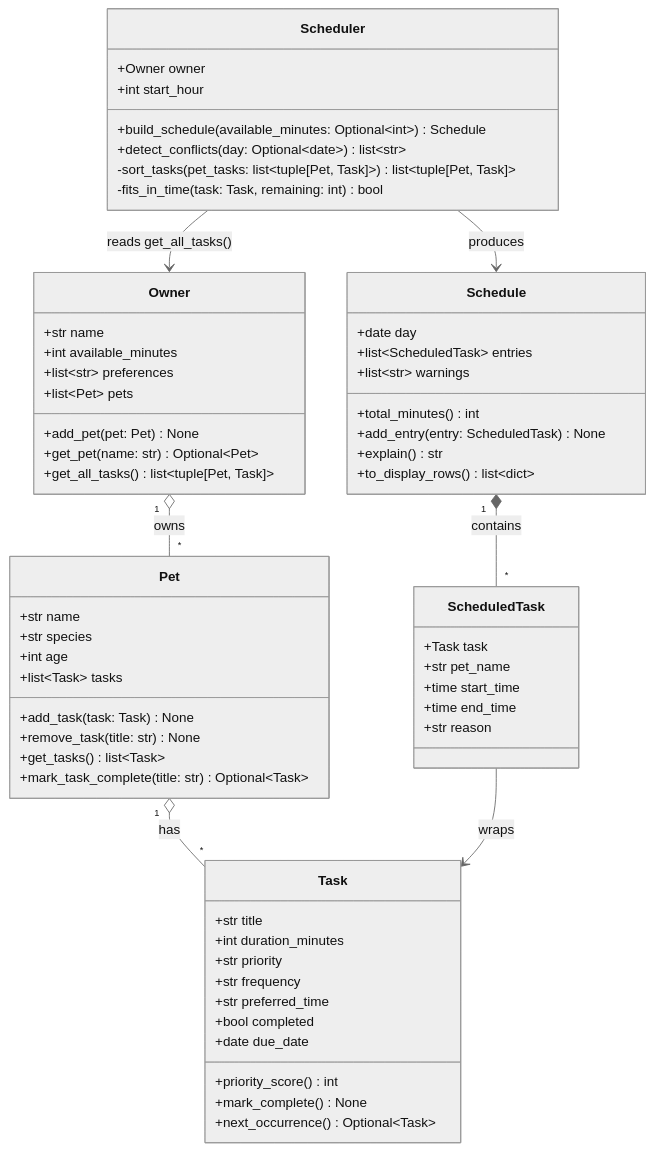
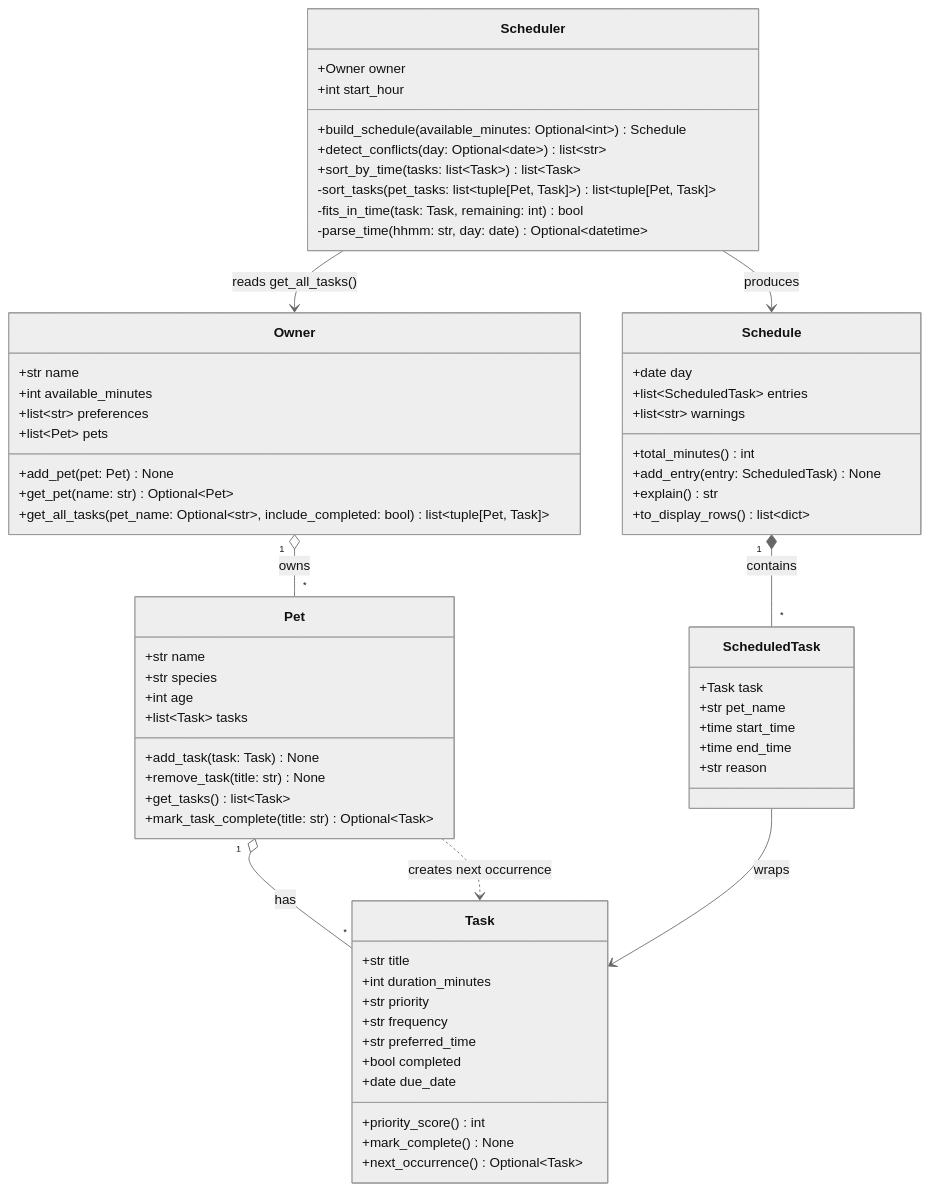
One commit to judejoyson/ai110-module2show-pawpal-starter changed the diagram in diagrams/uml.mmd. Above: the diagram before and after it, drawn with Mermaid (neutral theme). The commit also changed 4 other files, not shown here.

```diff
--- a/diagrams/uml.mmd
+++ b/diagrams/uml.mmd
@@ -1,71 +1,74 @@
 classDiagram
     %% PawPal+ class design
     %% Keep this file updated so it matches your final implementation.
 
     class Owner {
         +str name
         +int available_minutes
         +list~str~ preferences
         +list~Pet~ pets
         +add_pet(pet: Pet) None
         +get_pet(name: str) Optional~Pet~
-        +get_all_tasks() list~tuple[Pet, Task]~
+        +get_all_tasks(pet_name: Optional~str~, include_completed: bool) list~tuple[Pet, Task]~
     }
 
     class Pet {
         +str name
         +str species
         +int age
         +list~Task~ tasks
         +add_task(task: Task) None
         +remove_task(title: str) None
         +get_tasks() list~Task~
         +mark_task_complete(title: str) Optional~Task~
     }
 
     class Task {
         +str title
         +int duration_minutes
         +str priority
         +str frequency
         +str preferred_time
         +bool completed
         +date due_date
         +priority_score() int
         +mark_complete() None
         +next_occurrence() Optional~Task~
     }
 
     class Scheduler {
         +Owner owner
         +int start_hour
         +build_schedule(available_minutes: Optional~int~) Schedule
         +detect_conflicts(day: Optional~date~) list~str~
+        +sort_by_time(tasks: list~Task~) list~Task~
         -sort_tasks(pet_tasks: list~tuple[Pet, Task]~) list~tuple[Pet, Task]~
         -fits_in_time(task: Task, remaining: int) bool
+        -parse_time(hhmm: str, day: date) Optional~datetime~
     }
 
     class Schedule {
         +date day
         +list~ScheduledTask~ entries
         +list~str~ warnings
         +total_minutes() int
         +add_entry(entry: ScheduledTask) None
         +explain() str
         +to_display_rows() list~dict~
     }
 
     class ScheduledTask {
         +Task task
         +str pet_name
         +time start_time
         +time end_time
         +str reason
     }
 
     Owner "1" o-- "*" Pet : owns
     Pet "1" o-- "*" Task : has
+    Pet ..> Task : creates next occurrence
     Scheduler --> Owner : reads get_all_tasks()
     Scheduler --> Schedule : produces
     Schedule "1" *-- "*" ScheduledTask : contains
     ScheduledTask --> Task : wraps
```
